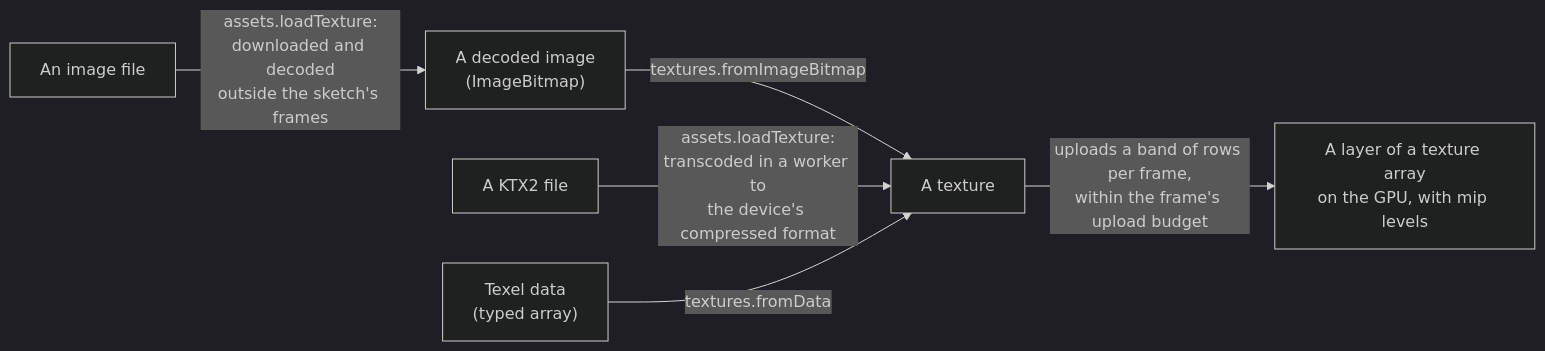
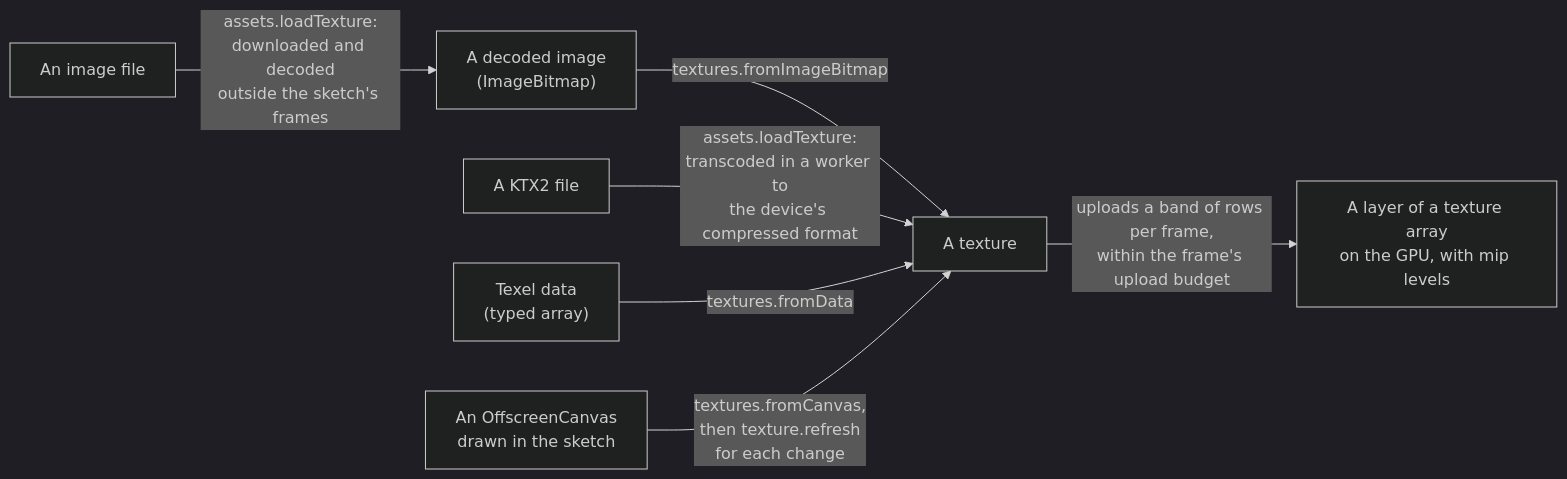
The diagram in docs/api/textures.md (null3d-engine/null3d), drawn with Mermaid (dark theme) before and after one commit. The commit also changed other lines of this file and 22 other files, not shown here.

First line of the commit message:
feat(engine): refresh a canvas texture by its changed rectangle

````diff
--- a/docs/api/textures.md
+++ b/docs/api/textures.md
@@ -13,8 +13,9 @@
 ```mermaid
 flowchart LR
     file["An image file"] -->|"assets.loadTexture:<br/>downloaded and decoded<br/>outside the sketch's frames"| image["A decoded image<br/>(ImageBitmap)"]
     image -->|"textures.fromImageBitmap"| texture["A texture"]
     ktx2["A KTX2 file"] -->|"assets.loadTexture:<br/>transcoded in a worker to<br/>the device's compressed format"| texture
     data["Texel data<br/>(typed array)"] -->|"textures.fromData"| texture
+    canvas["An OffscreenCanvas<br/>drawn in the sketch"] -->|"textures.fromCanvas,<br/>then texture.refresh<br/>for each change"| texture
     texture -->|"uploads a band of rows per frame,<br/>within the frame's upload budget"| layer["A layer of a texture array<br/>on the GPU, with mip levels"]
 ```
````
